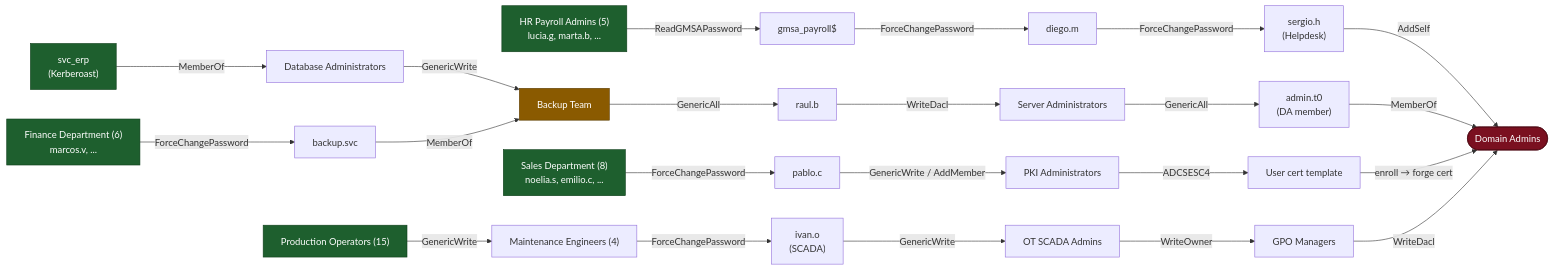
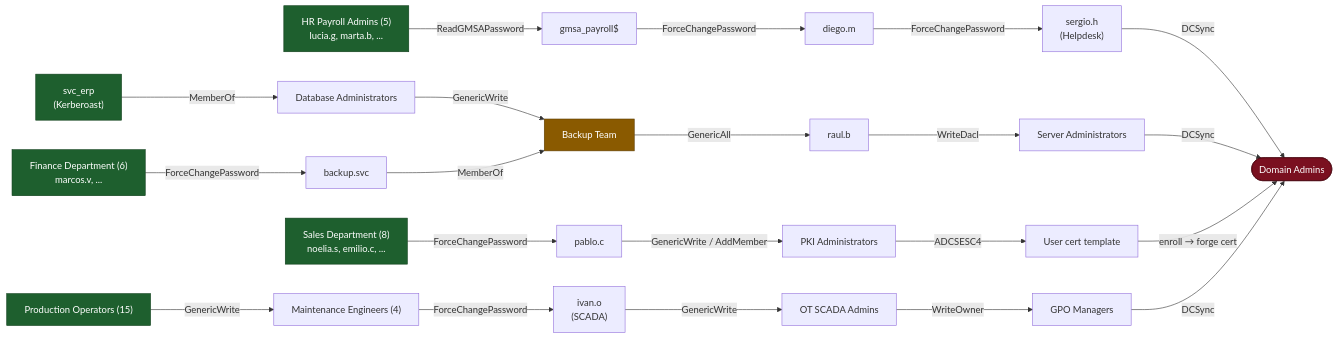
Before and after one commit to lucky-luk3/GOAD_EE: the diagram in ad/REDIL/README.md, drawn with Mermaid. The commit also changed other lines of this file and 3 other files, not shown here.

First line of the commit message:
fix(lab): use DCSync for terminal DA edges (AdminSDHolder-proof)

````diff
--- a/ad/REDIL/README.md
+++ b/ad/REDIL/README.md
@@ -98,60 +98,58 @@
 ```mermaid
 flowchart LR
     DA(["Domain Admins"]):::sink
 
     %% ---------- Chain A : HR / gMSA ----------
     A0["HR Payroll Admins (5)<br/>lucia.g, marta.b, ..."]:::entry
     A1["gmsa_payroll$"]
     A2["diego.m"]
     A3["sergio.h<br/>(Helpdesk)"]
     A0 -->|"ReadGMSAPassword"| A1
     A1 -->|"ForceChangePassword"| A2
     A2 -->|"ForceChangePassword"| A3
-    A3 -->|"AddSelf"| DA
+    A3 -->|"DCSync"| DA
 
     %% ---------- Chain B : ERP kerberoast ----------
     B0["svc_erp<br/>(Kerberoast)"]:::entry
     B1["Database Administrators"]
     BK["Backup Team"]:::merge
     B2["raul.b"]
     B3["Server Administrators"]
-    B4["admin.t0<br/>(DA member)"]
     B0 -->|"MemberOf"| B1
     B1 -->|"GenericWrite"| BK
     BK -->|"GenericAll"| B2
     B2 -->|"WriteDacl"| B3
-    B3 -->|"GenericAll"| B4
-    B4 -->|"MemberOf"| DA
+    B3 -->|"DCSync"| DA
 
     %% ---------- Chain C : ADCS ESC4 ----------
     C0["Sales Department (8)<br/>noelia.s, emilio.c, ..."]:::entry
     C1["pablo.c"]
     C2["PKI Administrators"]
     C3["User cert template"]
     C0 -->|"ForceChangePassword"| C1
     C1 -->|"GenericWrite / AddMember"| C2
     C2 -->|"ADCSESC4"| C3
     C3 -->|"enroll → forge cert"| DA
 
     %% ---------- Chain D : Production / OT ----------
     D0["Production Operators (15)"]:::entry
     D1["Maintenance Engineers (4)"]
     D2["ivan.o<br/>(SCADA)"]
     D3["OT SCADA Admins"]
     D4["GPO Managers"]
     D0 -->|"GenericWrite"| D1
     D1 -->|"ForceChangePassword"| D2
     D2 -->|"GenericWrite"| D3
     D3 -->|"WriteOwner"| D4
-    D4 -->|"WriteDacl"| DA
+    D4 -->|"DCSync"| DA
 
     %% ---------- Chain E : Finance (merges into B) ----------
     E0["Finance Department (6)<br/>marcos.v, ..."]:::entry
     E1["backup.svc"]
     E0 -->|"ForceChangePassword"| E1
     E1 -->|"MemberOf"| BK
 
     classDef entry fill:#1e5f2e,stroke:#0d3d19,color:#fff;
     classDef merge fill:#8a5a00,stroke:#5c3c00,color:#fff;
     classDef sink fill:#7a1020,stroke:#4d0a14,color:#fff;
 ```
````
